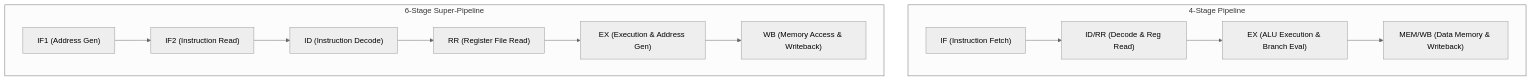
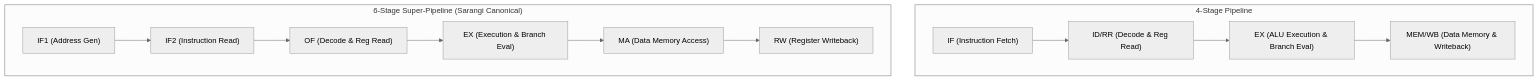
The first of 2 diagrams in ANALYSIS_REPORT.md (vaibhavc-coder/SimpleRisc201), drawn with Mermaid (neutral theme) before and after one commit. The commit also changed 12 other files, not shown here.

Commit message:
Implement canonical 6-stage super-pipeline (IF1-IF2-OF-EX-MA-RW), hazard forwarding network, and comparative evaluation suite

````diff
--- a/ANALYSIS_REPORT.md
+++ b/ANALYSIS_REPORT.md
@@ -78,16 +78,16 @@
 ```mermaid
 graph TD
     subgraph "4-Stage Pipeline"
     A1["IF (Instruction Fetch)"] --> B1["ID/RR (Decode & Reg Read)"]
     B1 --> C1["EX (ALU Execution & Branch Eval)"]
     C1 --> D1["MEM/WB (Data Memory & Writeback)"]
     end
 
-    subgraph "6-Stage Super-Pipeline"
+    subgraph "6-Stage Super-Pipeline (Sarangi Canonical)"
     A2["IF1 (Address Gen)"] --> B2["IF2 (Instruction Read)"]
-    B2 --> C2["ID (Instruction Decode)"]
-    C2 --> D2["RR (Register File Read)"]
-    D2 --> E2["EX (Execution & Address Gen)"]
-    E2 --> F2["WB (Memory Access & Writeback)"]
+    B2 --> C2["OF (Decode & Reg Read)"]
+    C2 --> D2["EX (Execution & Branch Eval)"]
+    D2 --> E2["MA (Data Memory Access)"]
+    E2 --> F2["RW (Register Writeback)"]
     end
 ```
````
